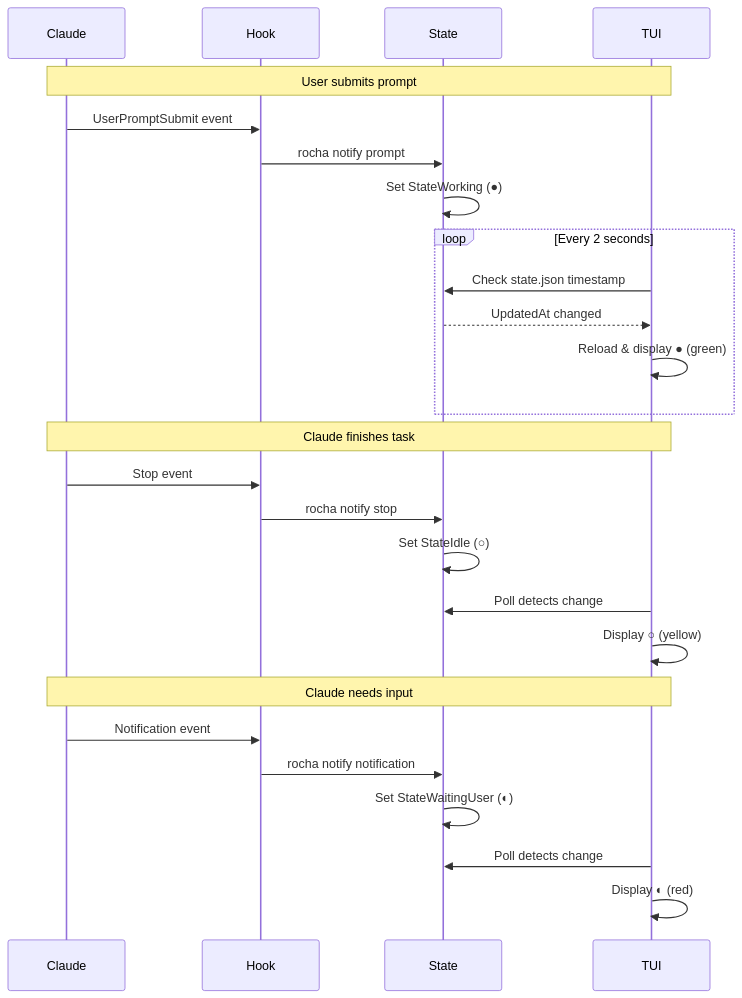
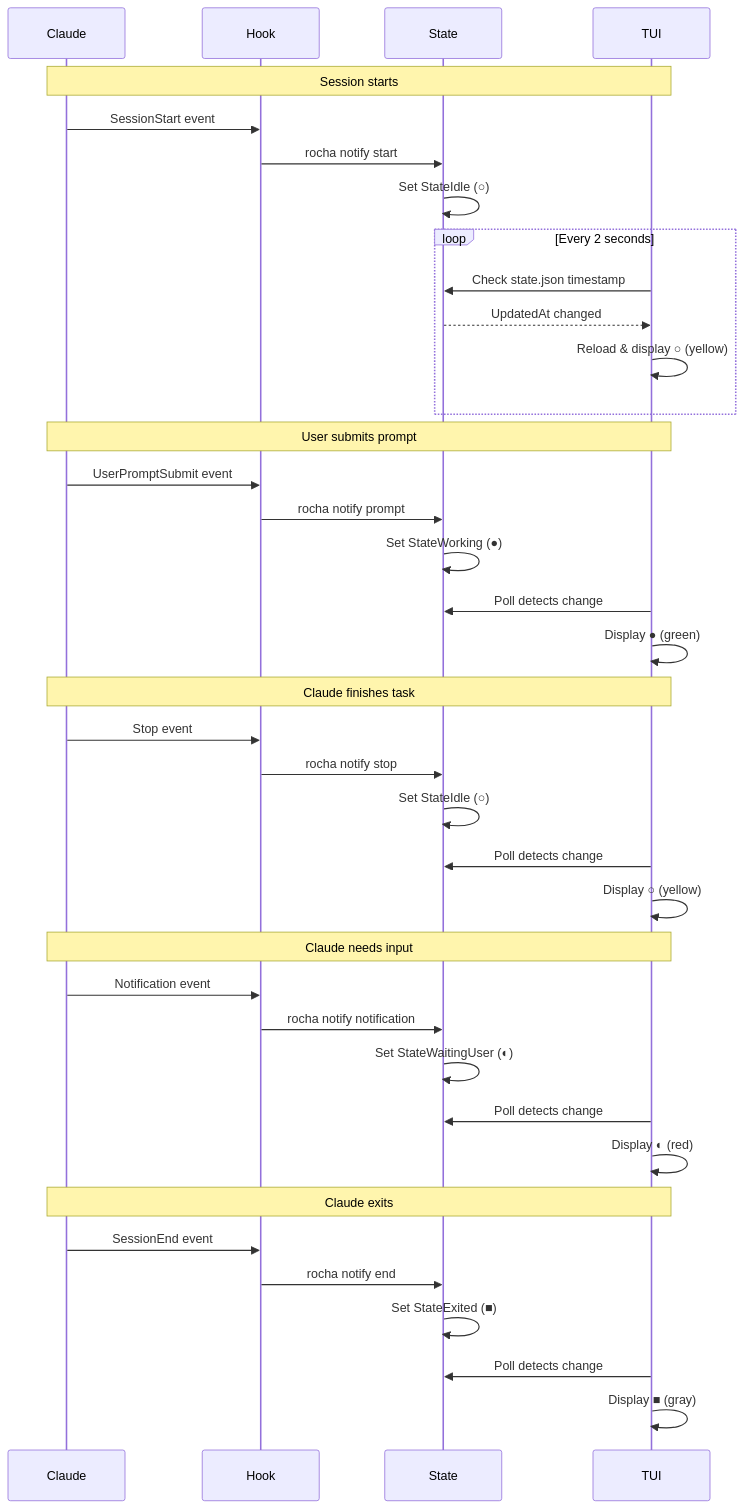
Before and after one commit to renato0307/rocha: the fourth of 5 diagrams in ARCHITECTURE.md, drawn with Mermaid. The commit also changed other lines of this file and 1 other file, not shown here.

Commit message:
docs: update ARCHITECTURE.md for bubbles/list and exited state
- Add StateExited (■) to state descriptions
- Update SessionStart hook mapping (StateIdle instead of StateWorking)
- Add SessionEnd hook to event mapping table
- Add bubbles library to dependencies diagram
- Update State Update Flow sequence diagram with new events
- Update SessionList description to mention bubbles/list component
- Update StatusCmd to show all four state symbols

````diff
--- a/ARCHITECTURE.md
+++ b/ARCHITECTURE.md
@@ -172,32 +172,46 @@
 ```mermaid
 sequenceDiagram
     participant Claude
     participant Hook
     participant State
     participant TUI
 
+    Note over Claude,TUI: Session starts
+    Claude->>Hook: SessionStart event
+    Hook->>State: rocha notify start
+    State->>State: Set StateIdle (○)
+
+    loop Every 2 seconds
+        TUI->>State: Check state.json timestamp
+        State-->>TUI: UpdatedAt changed
+        TUI->>TUI: Reload & display ○ (yellow)
+    end
+
     Note over Claude,TUI: User submits prompt
     Claude->>Hook: UserPromptSubmit event
     Hook->>State: rocha notify prompt
     State->>State: Set StateWorking (●)
-
-    loop Every 2 seconds
-        TUI->>State: Check state.json timestamp
-        State-->>TUI: UpdatedAt changed
-        TUI->>TUI: Reload & display ● (green)
-    end
+    TUI->>State: Poll detects change
+    TUI->>TUI: Display ● (green)
 
     Note over Claude,TUI: Claude finishes task
     Claude->>Hook: Stop event
     Hook->>State: rocha notify stop
     State->>State: Set StateIdle (○)
     TUI->>State: Poll detects change
     TUI->>TUI: Display ○ (yellow)
 
     Note over Claude,TUI: Claude needs input
     Claude->>Hook: Notification event
     Hook->>State: rocha notify notification
     State->>State: Set StateWaitingUser (◐)
     TUI->>State: Poll detects change
     TUI->>TUI: Display ◐ (red)
+
+    Note over Claude,TUI: Claude exits
+    Claude->>Hook: SessionEnd event
+    Hook->>State: rocha notify end
+    State->>State: Set StateExited (■)
+    TUI->>State: Poll detects change
+    TUI->>TUI: Display ■ (gray)
 ```
````
